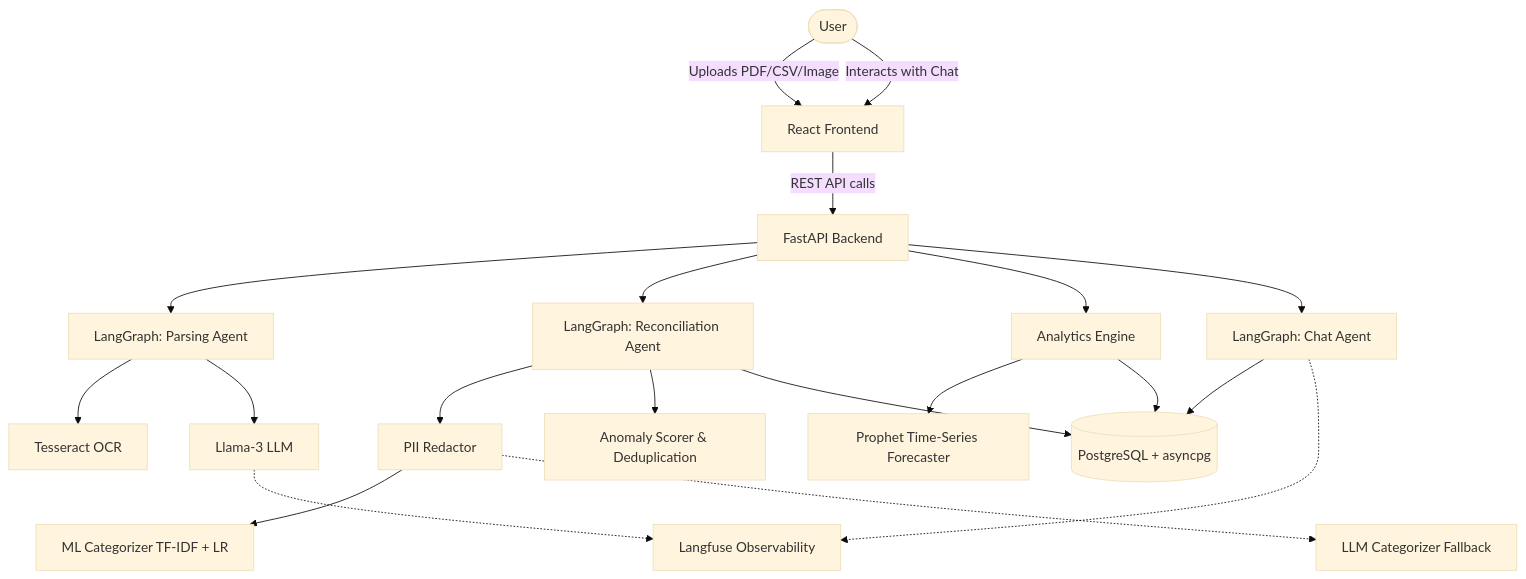
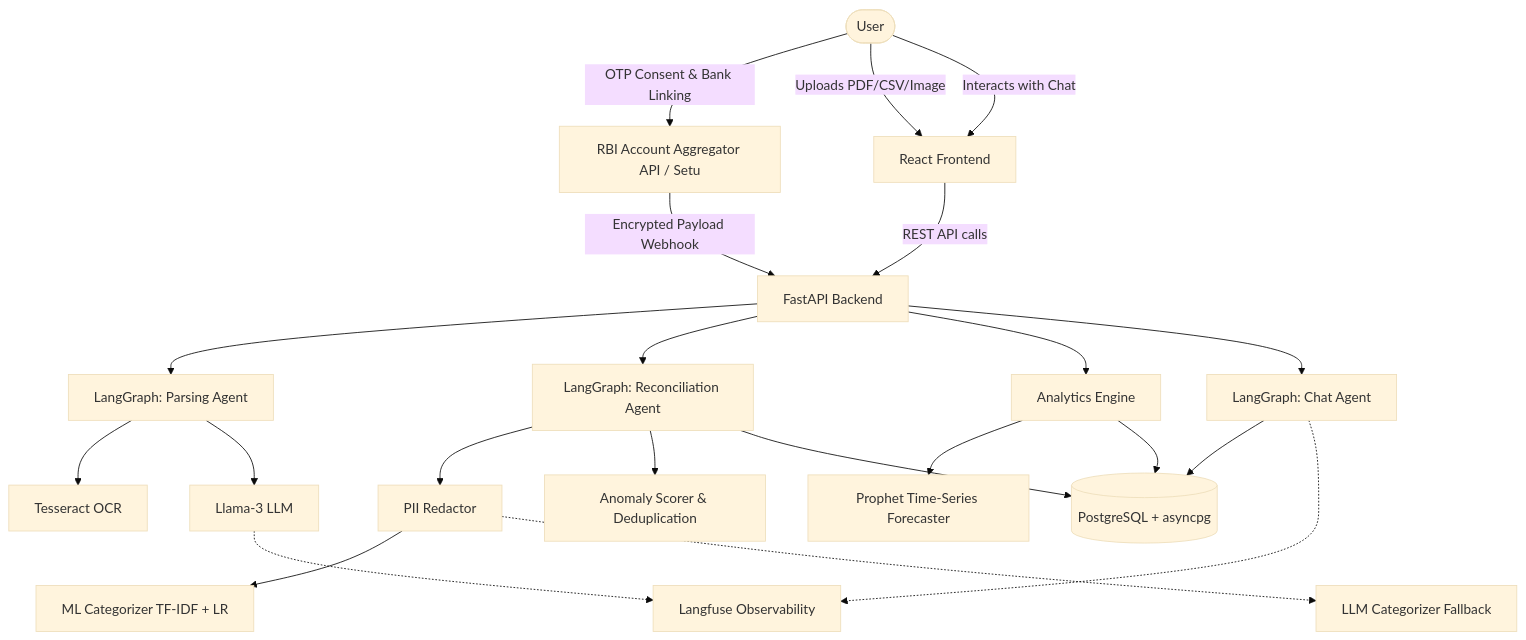
Before and after one commit to keerthika2004/Personal-finance-assistant: the diagram in README.md, drawn with Mermaid (base theme). The commit also changed other lines of this file, not shown here.

Commit message:
docs: add RBI Account Aggregator Live Bank Sync to Key Features, Mermaid architecture, and Tech Stack in README

````diff
--- a/README.md
+++ b/README.md
@@ -54,35 +55,37 @@
 ```mermaid
 graph TD
-    %% User Interfaces
-    User([User]) -->|Uploads PDF/CSV/Image| UI[React Frontend]
+    %% User Interfaces & Bank Sync
+    User([User]) -->|OTP Consent & Bank Linking| AA[RBI Account Aggregator API / Setu]
+    User -->|Uploads PDF/CSV/Image| UI[React Frontend]
     User -->|Interacts with Chat| UI
     
     %% Backend APIs
-    UI -->|REST API calls| API[FastAPI Backend]
+    AA -->|Encrypted Payload Webhook| API[FastAPI Backend]
+    UI -->|REST API calls| API
     
     %% Parsing & Processing
     API --> ParseGraph[LangGraph: Parsing Agent]
     ParseGraph --> OCR[Tesseract OCR]
     ParseGraph --> ParseLLM[Llama-3 LLM]
     
     %% Reconciliation & ML
     API --> ReconGraph[LangGraph: Reconciliation Agent]
     ReconGraph --> PII[PII Redactor]
     PII --> ML[ML Categorizer TF-IDF + LR]
     PII -.-> LLMCat[LLM Categorizer Fallback]
     ReconGraph --> Anomaly[Anomaly Scorer & Deduplication]
     
     %% Analytics & Forecasting
     API --> Analytics[Analytics Engine]
     Analytics --> Prophet[Prophet Time-Series Forecaster]
     
     %% Chat 
     API --> ChatGraph[LangGraph: Chat Agent]
     
     %% Storage & Observability
     ReconGraph --> DB[(PostgreSQL + asyncpg)]
     Analytics --> DB
     ChatGraph --> DB
     ParseLLM -.-> Langfuse[Langfuse Observability]
     ChatGraph -.-> Langfuse
 ```
````
